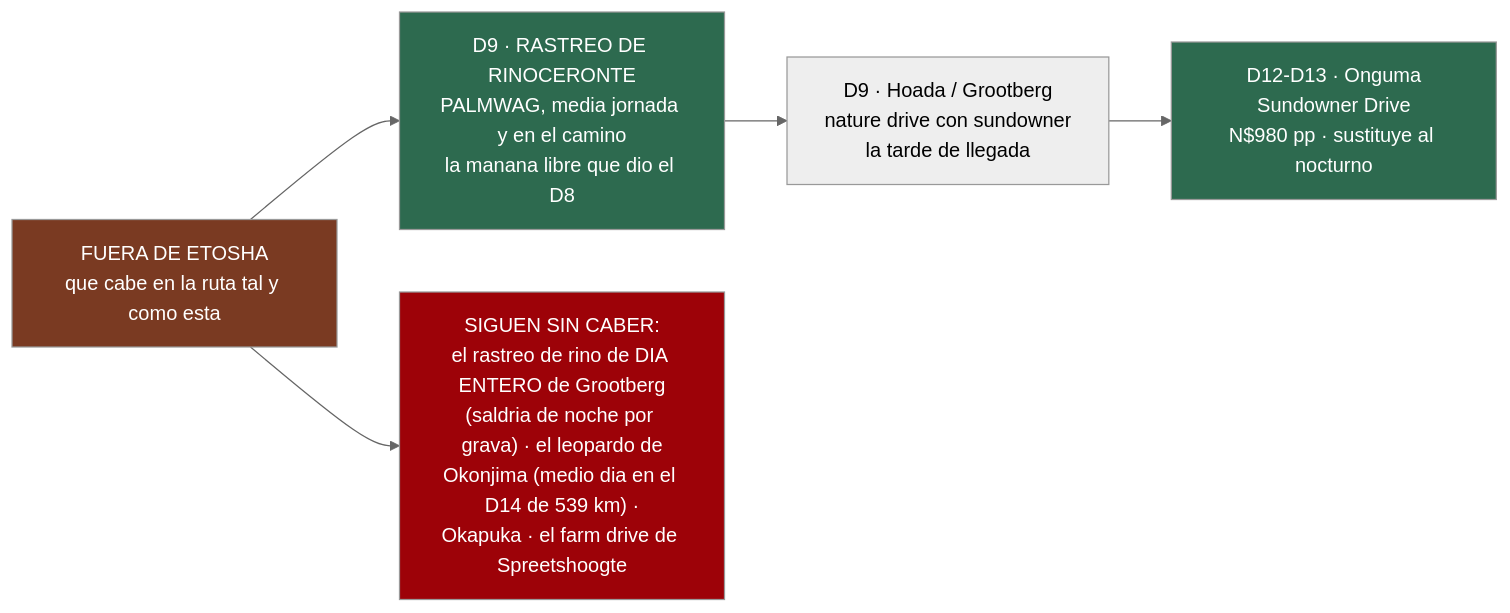
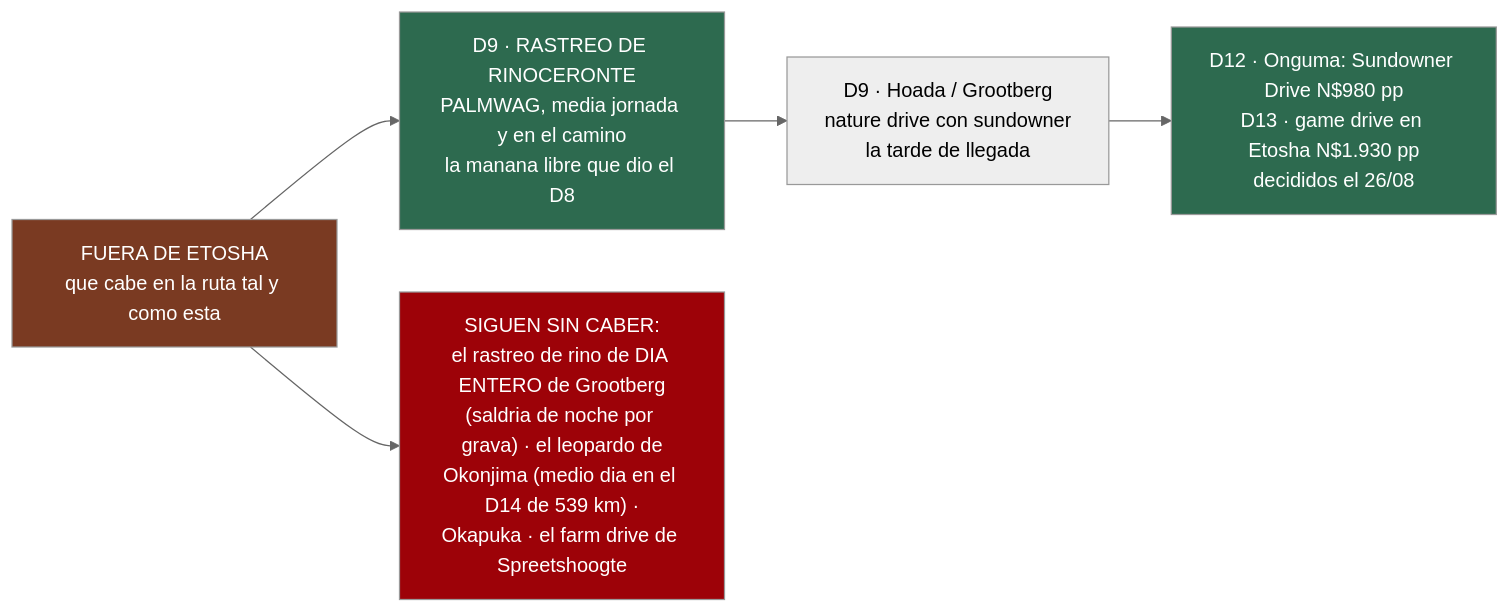
One commit to morandeirachema/namibia changed the first of 2 diagrams in 11-entradas-y-permisos.md. Above: the diagram before and after it, drawn with Mermaid (neutral theme). The commit also changed other lines of this file and 9 other files, not shown here.

````diff
--- a/11-entradas-y-permisos.md
+++ b/11-entradas-y-permisos.md
@@ -172,15 +172,15 @@
 ```mermaid
 flowchart LR
 %% ancho
     T["FUERA DE ETOSHA<br/>que cabe en la ruta tal y como esta"]
     S["D9 · RASTREO DE RINOCERONTE<br/>PALMWAG, media jornada y en el camino<br/>la manana libre que dio el D8"]
     G["D9 · Hoada / Grootberg<br/>nature drive con sundowner<br/>la tarde de llegada"]
-    O["D12-D13 · Onguma<br/>Sundowner Drive<br/>N$980 pp · sustituye al nocturno"]
+    O["D12 · Onguma: Sundowner Drive N$980 pp<br/>D13 · game drive en Etosha N$1.930 pp<br/>decididos el 26/08"]
     X["SIGUEN SIN CABER:<br/>el rastreo de rino de DIA ENTERO de Grootberg<br/>(saldria de noche por grava) · el leopardo de<br/>Okonjima (medio dia en el D14 de 539 km) ·<br/>Okapuka · el farm drive de Spreetshoogte"]
     T --> S --> G --> O
     T --> X
     style T fill:#7a3a22,color:#fff
     style S fill:#2d6a4f,color:#fff
     style O fill:#2d6a4f,color:#fff
     style X fill:#9d0208,color:#fff
 ```
````
